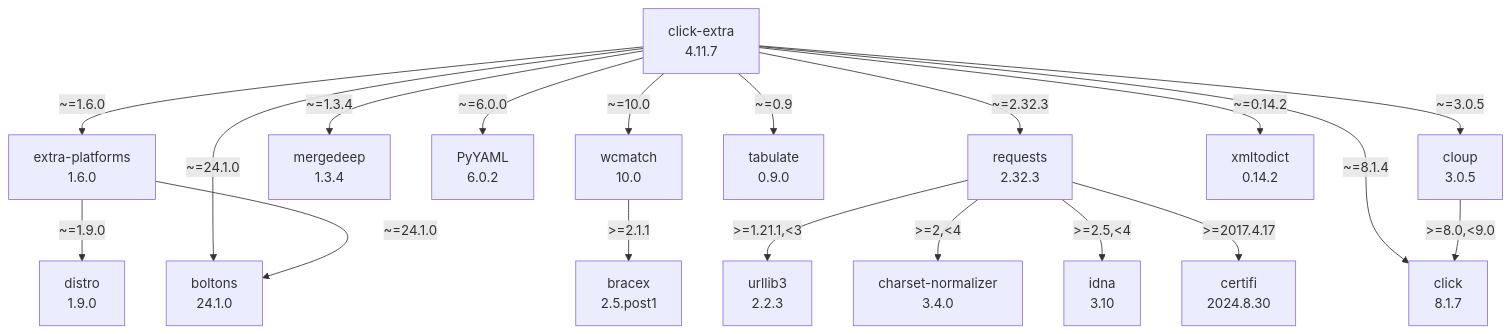
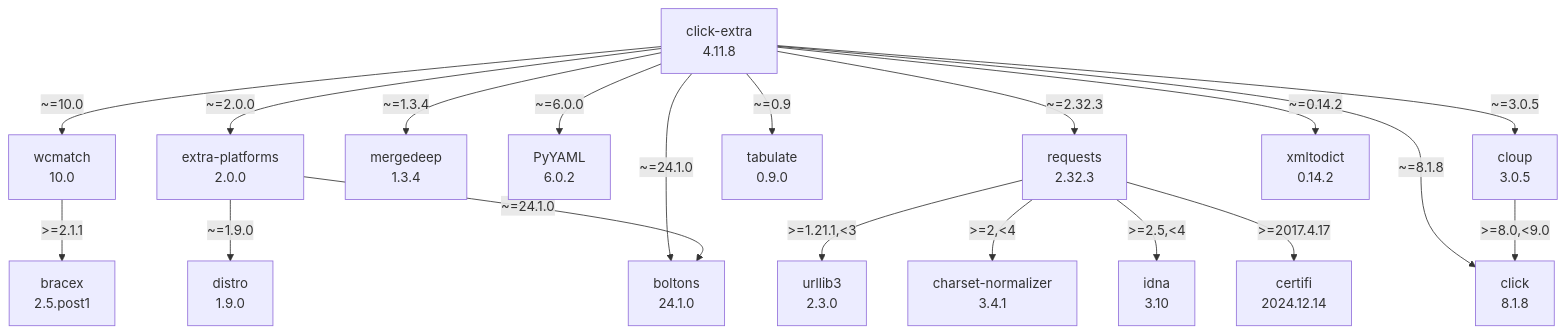
Before and after one commit to kdeldycke/click-extra: the diagram in docs/assets/dependencies.mmd, drawn with Mermaid.

Commit message:
[autofix] Regenerate dependency graph

```diff
--- a/docs/assets/dependencies.mmd
+++ b/docs/assets/dependencies.mmd
@@ -1,37 +1,37 @@
 flowchart TD
     classDef missing stroke-dasharray: 5
     boltons["boltons\n24.1.0"]
     bracex["bracex\n2.5.post1"]
-    certifi["certifi\n2024.8.30"]
-    charset-normalizer["charset-normalizer\n3.4.0"]
-    click-extra["click-extra\n4.11.7"]
-    click_0["click\n8.1.7"]
+    certifi["certifi\n2024.12.14"]
+    charset-normalizer["charset-normalizer\n3.4.1"]
+    click-extra["click-extra\n4.11.8"]
+    click_0["click\n8.1.8"]
     cloup["cloup\n3.0.5"]
     distro["distro\n1.9.0"]
-    extra-platforms["extra-platforms\n1.6.0"]
+    extra-platforms["extra-platforms\n2.0.0"]
     idna["idna\n3.10"]
     mergedeep["mergedeep\n1.3.4"]
     pyyaml["PyYAML\n6.0.2"]
     requests["requests\n2.32.3"]
     tabulate["tabulate\n0.9.0"]
-    urllib3["urllib3\n2.2.3"]
+    urllib3["urllib3\n2.3.0"]
     wcmatch["wcmatch\n10.0"]
     xmltodict["xmltodict\n0.14.2"]
     click-extra -- "~=0.14.2" --> xmltodict
     click-extra -- "~=0.9" --> tabulate
     click-extra -- "~=1.3.4" --> mergedeep
-    click-extra -- "~=1.6.0" --> extra-platforms
     click-extra -- "~=10.0" --> wcmatch
+    click-extra -- "~=2.0.0" --> extra-platforms
     click-extra -- "~=2.32.3" --> requests
     click-extra -- "~=24.1.0" --> boltons
     click-extra -- "~=3.0.5" --> cloup
     click-extra -- "~=6.0.0" --> pyyaml
-    click-extra -- "~=8.1.4" --> click_0
+    click-extra -- "~=8.1.8" --> click_0
     cloup -- ">=8.0,<9.0" --> click_0
     extra-platforms -- "~=1.9.0" --> distro
     extra-platforms -- "~=24.1.0" --> boltons
     requests -- ">=1.21.1,<3" --> urllib3
     requests -- ">=2,<4" --> charset-normalizer
     requests -- ">=2.5,<4" --> idna
     requests -- ">=2017.4.17" --> certifi
     wcmatch -- ">=2.1.1" --> bracex
```
